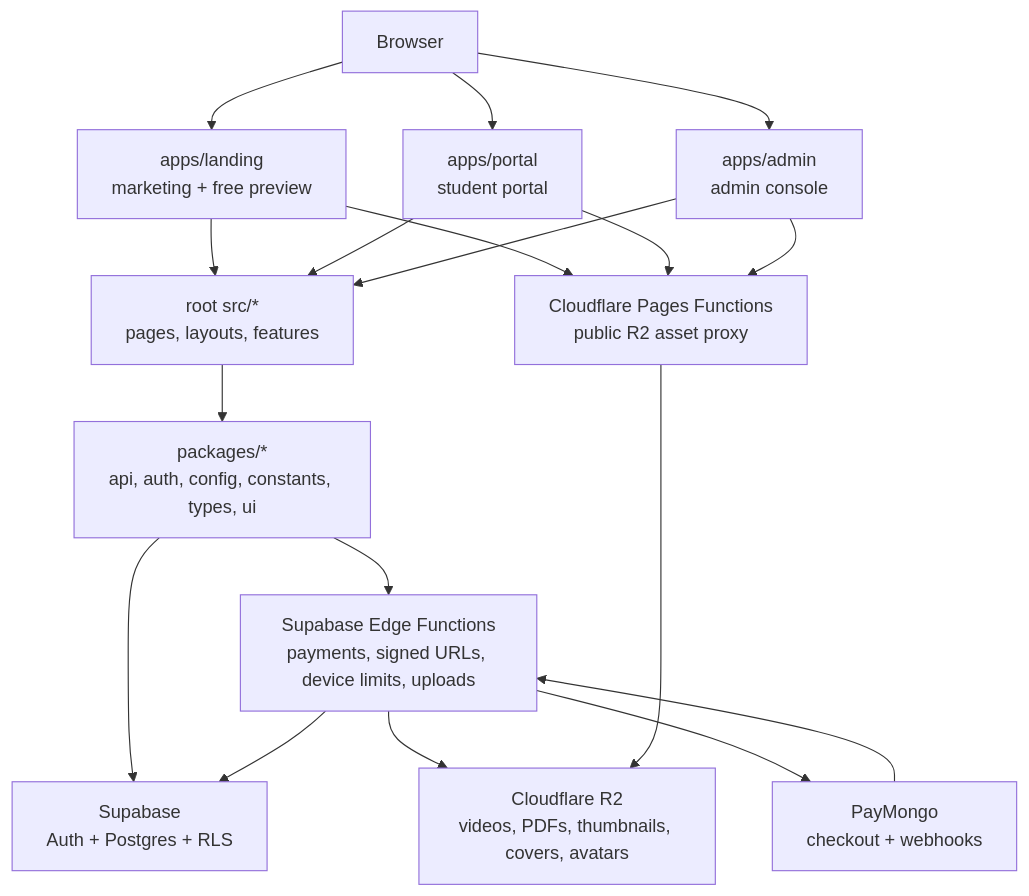
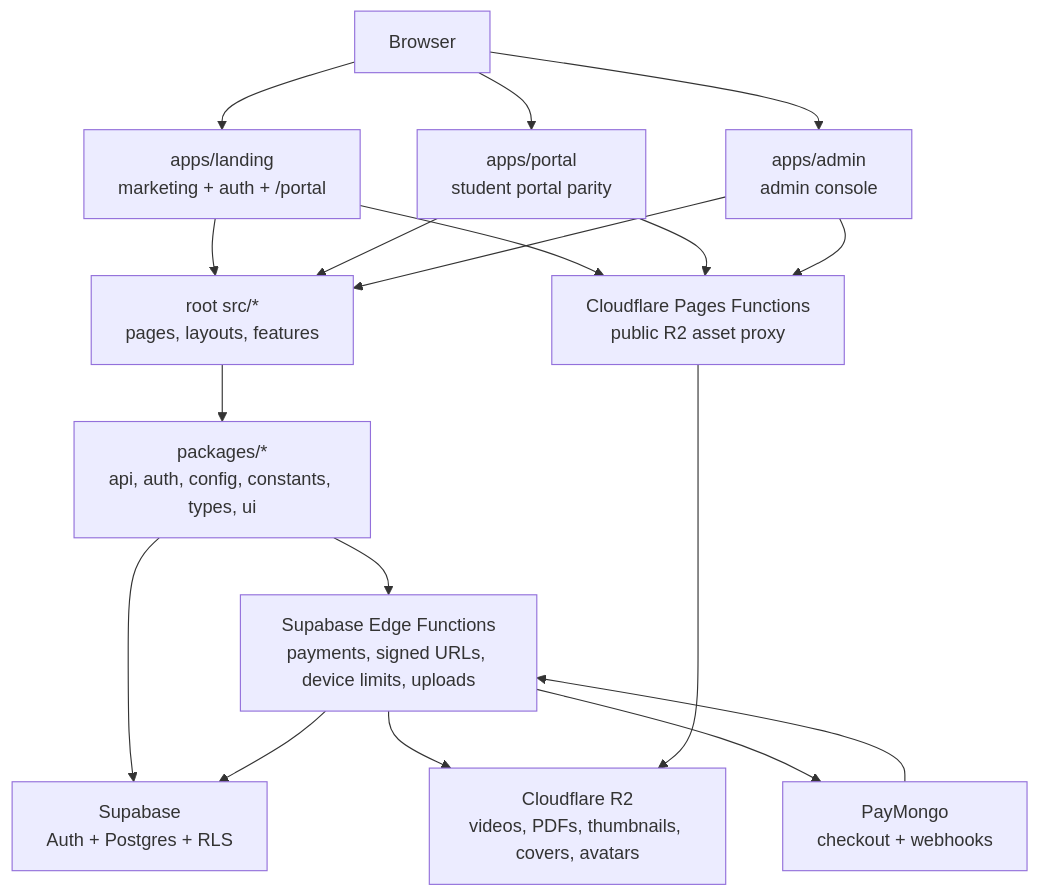
The diagram in ARCHITECTURE.md (johnryAtienza/elearning-review-platform), drawn with Mermaid before and after one commit. The commit also changed other lines of this file and 47 other files, not shown here.

First line of the commit message:
feat(portal): move student portal under /portal and unify auth session

````diff
--- a/ARCHITECTURE.md
+++ b/ARCHITECTURE.md
@@ -19,37 +19,37 @@
 ```mermaid
 flowchart TD
   Browser["Browser"]
 
-  Landing["apps/landing\nmarketing + free preview"]
-  Portal["apps/portal\nstudent portal"]
+  Landing["apps/landing\nmarketing + auth + /portal"]
+  Portal["apps/portal\nstudent portal parity"]
   Admin["apps/admin\nadmin console"]
 
   Src["root src/*\npages, layouts, features"]
   Packages["packages/*\napi, auth, config, constants, types, ui"]
 
   Supabase["Supabase\nAuth + Postgres + RLS"]
   Edge["Supabase Edge Functions\npayments, signed URLs, device limits, uploads"]
   R2["Cloudflare R2\nvideos, PDFs, thumbnails, covers, avatars"]
   PagesFns["Cloudflare Pages Functions\npublic R2 asset proxy"]
   PayMongo["PayMongo\ncheckout + webhooks"]
 
   Browser --> Landing
   Browser --> Portal
   Browser --> Admin
 
   Landing --> Src
   Portal --> Src
   Admin --> Src
 
   Src --> Packages
   Packages --> Supabase
   Packages --> Edge
   Edge --> Supabase
   Edge --> R2
   Edge --> PayMongo
   PayMongo --> Edge
   Landing --> PagesFns
   Portal --> PagesFns
   Admin --> PagesFns
   PagesFns --> R2
 ```
````
